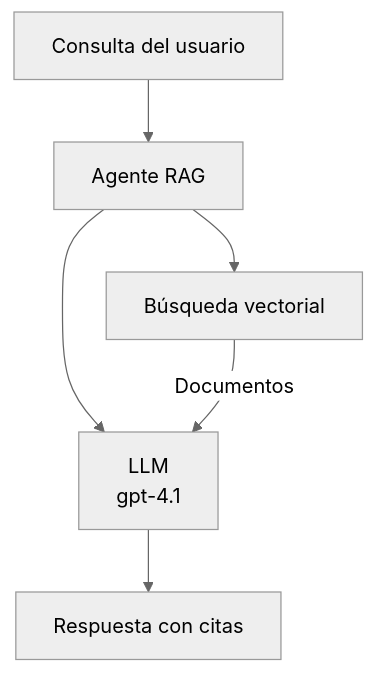
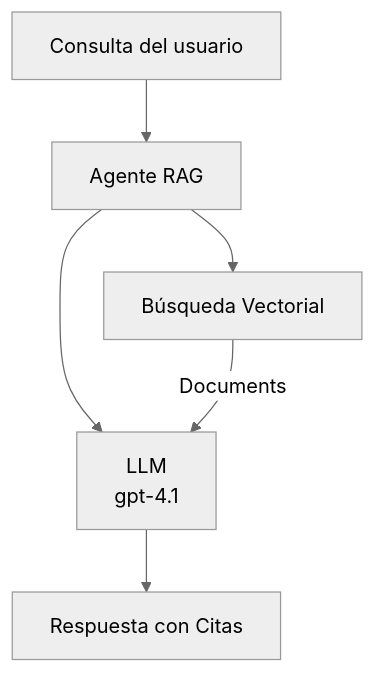
Before and after one commit to microsoft/AZD-for-beginners: the second of 3 diagrams in translations/es/docs/chapter-02-ai-development/agents.md, drawn with Mermaid (neutral theme). The commit also changed other lines of this file and 61 other files, not shown here.

````diff
--- a/translations/es/docs/chapter-02-ai-development/agents.md
+++ b/translations/es/docs/chapter-02-ai-development/agents.md
@@ -181,8 +181,8 @@
 ```mermaid
 graph TD
     Query[Consulta del usuario] --> RAG[Agente RAG]
-    RAG --> Vector[Búsqueda vectorial]
+    RAG --> Vector[Búsqueda Vectorial]
     RAG --> LLM[LLM<br/>gpt-4.1]
-    Vector -- Documentos --> LLM
-    LLM --> Response[Respuesta con citas]
+    Vector -- Documents --> LLM
+    LLM --> Response[Respuesta con Citas]
 ```
````
